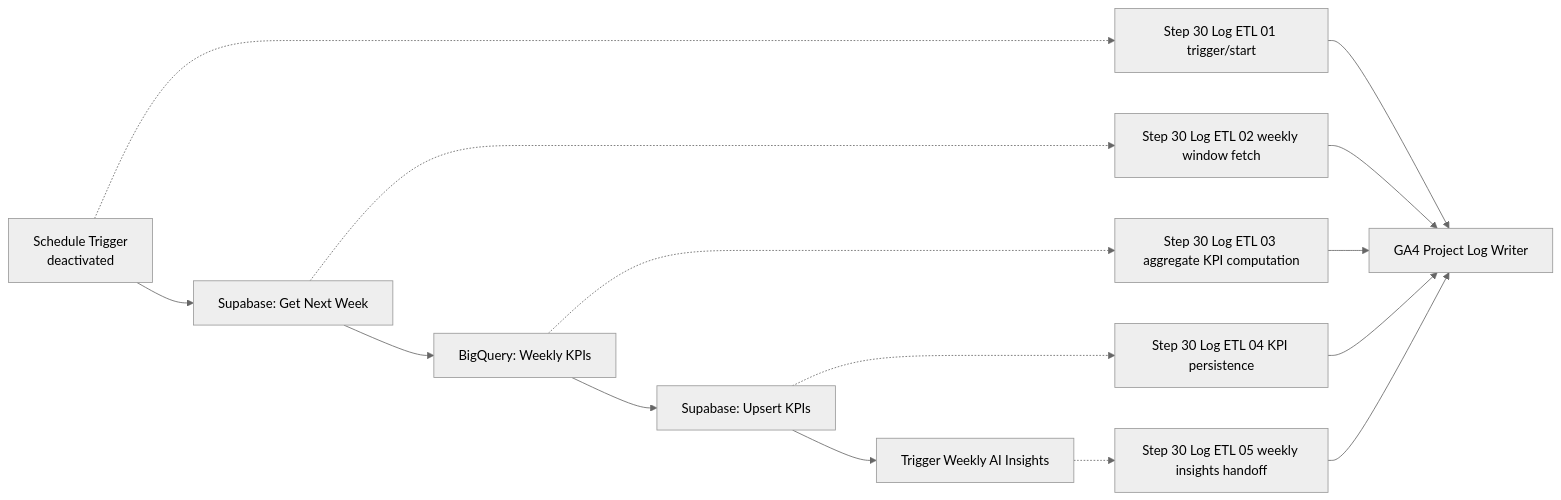
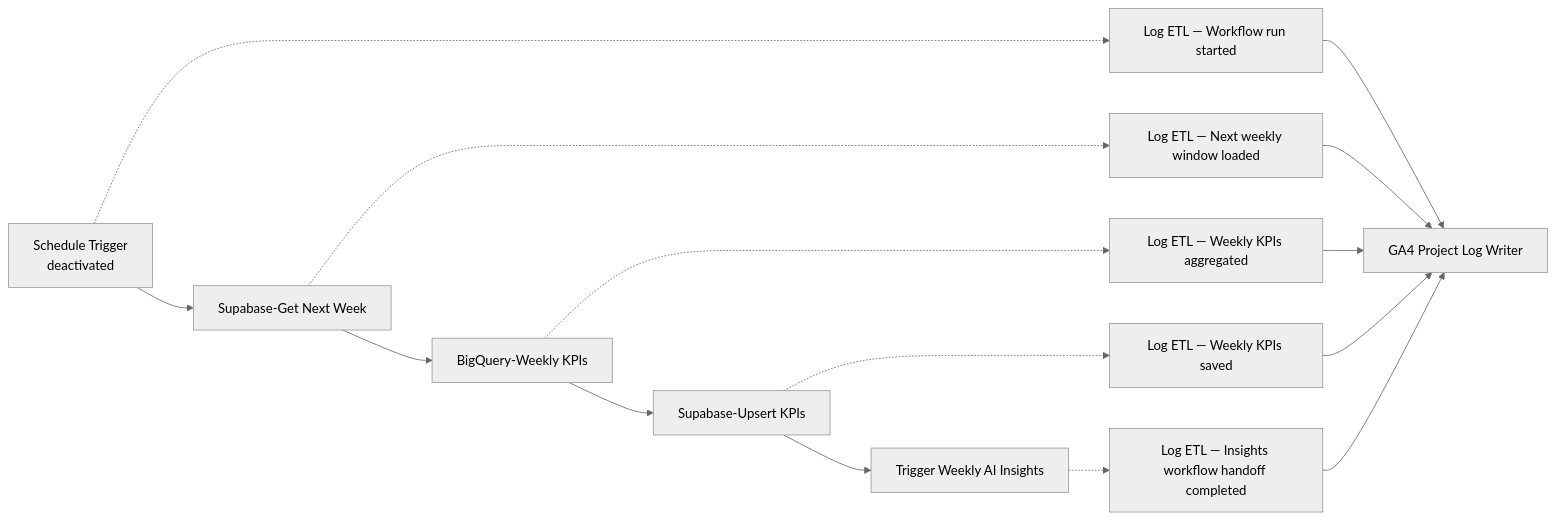
One commit to cizmeli/ga4-ai-analytics-automation changed the diagram in workflows/docs/ga4-weekly-etl.md. Above: the diagram before and after it, drawn with Mermaid (neutral theme). The commit also changed other lines of this file, not shown here.

Commit message:
Sync n8n workflow references in workflows/docs/ga4-weekly-etl.md

```diff
--- a/workflows/docs/ga4-weekly-etl.md
+++ b/workflows/docs/ga4-weekly-etl.md
@@ -29,17 +27,17 @@
 ~~~mermaid
 flowchart LR
-  S[Schedule Trigger<br/>deactivated] --> N[Supabase: Get Next Week]
-  N --> B[BigQuery: Weekly KPIs]
-  B --> U[Supabase: Upsert KPIs]
+  S[Schedule Trigger<br/>deactivated] --> N[Supabase-Get Next Week]
+  N --> B[BigQuery-Weekly KPIs]
+  B --> U[Supabase-Upsert KPIs]
   U --> I[Trigger Weekly AI Insights]
-  S -.-> L1[Step 30 Log ETL 01 trigger/start]
-  N -.-> L2[Step 30 Log ETL 02 weekly window fetch]
-  B -.-> L3[Step 30 Log ETL 03 aggregate KPI computation]
-  U -.-> L4[Step 30 Log ETL 04 KPI persistence]
-  I -.-> L5[Step 30 Log ETL 05 weekly insights handoff]
+  S -.-> L1[Log ETL — Workflow run started]
+  N -.-> L2[Log ETL — Next weekly window loaded]
+  B -.-> L3[Log ETL — Weekly KPIs aggregated]
+  U -.-> L4[Log ETL — Weekly KPIs saved]
+  I -.-> L5[Log ETL — Insights workflow handoff completed]
   L1 --> LOG[GA4 Project Log Writer]
   L2 --> LOG
   L3 --> LOG
   L4 --> LOG
   L5 --> LOG
 ~~~
```
